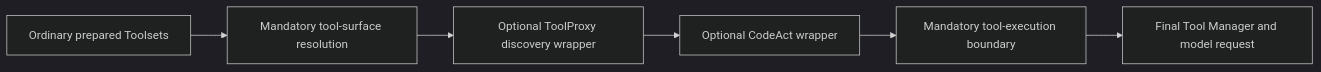
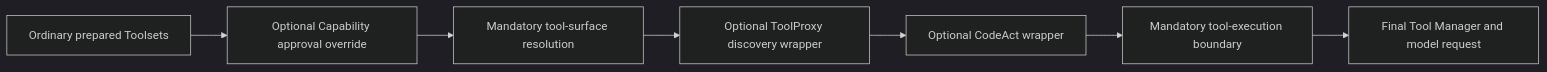
The first of 2 diagrams in spec/a13n-harness/07-tool-execution.md (converge-ai-labs/agent-foundation), drawn with Mermaid (dark theme) before and after one commit. The commit also changed other lines of this file and 6 other files, not shown here.

First line of the commit message:
fix(harness)!: let capability permissions override tool approval declarations

````diff
--- a/spec/a13n-harness/07-tool-execution.md
+++ b/spec/a13n-harness/07-tool-execution.md
@@ -118,8 +118,9 @@
 ```mermaid
 flowchart LR
-    Candidates[Ordinary prepared Toolsets] --> Surface[Mandatory tool-surface resolution]
+    Candidates[Ordinary prepared Toolsets] --> Permissions[Optional Capability approval override]
+    Permissions --> Surface[Mandatory tool-surface resolution]
     Surface --> Proxy[Optional ToolProxy discovery wrapper]
     Proxy --> CodeAct[Optional CodeAct wrapper]
     CodeAct --> Boundary[Mandatory tool-execution boundary]
     Boundary --> Manager[Final Tool Manager and model request]
 ```
````
